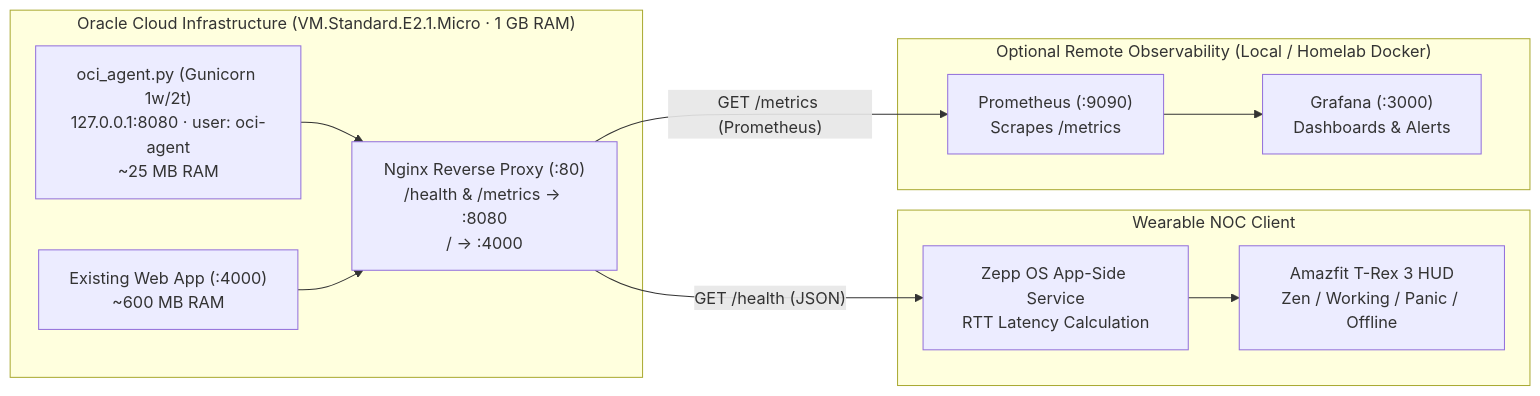
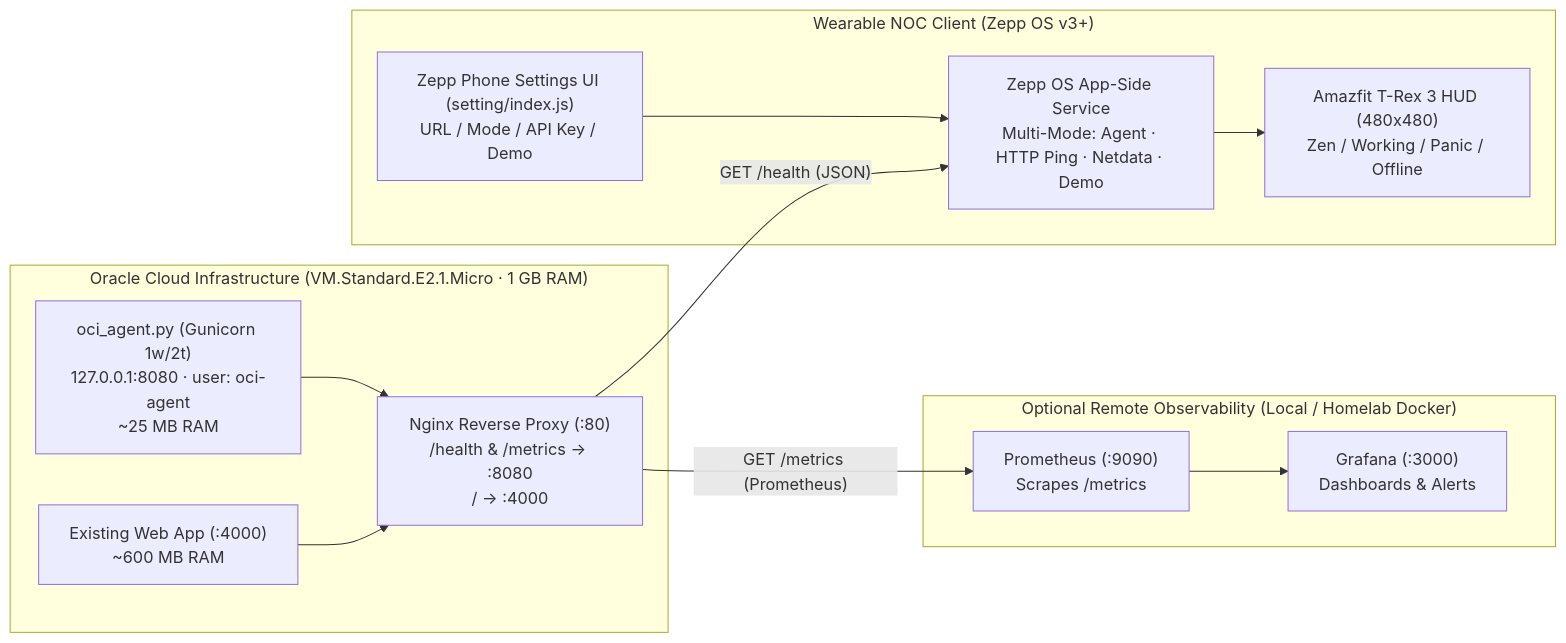
The diagram in README.md (Abeners2/sysadmin-pet), drawn with Mermaid before and after one commit. The commit also changed other lines of this file and 6 other files, not shown here.

Commit message:
Add Zepp App Store multi-mode settings, 1-line Linux VPS installer & remote-setup config fallback

````diff
--- a/README.md
+++ b/README.md
@@ -9,25 +9,27 @@
 ```mermaid
 flowchart LR
     subgraph OCI["Oracle Cloud Infrastructure (VM.Standard.E2.1.Micro · 1 GB RAM)"]
         APP["Existing Web App (:4000)\n~600 MB RAM"]
         AGENT["oci_agent.py (Gunicorn 1w/2t)\n127.0.0.1:8080 · user: oci-agent\n~25 MB RAM"]
         NGINX["Nginx Reverse Proxy (:80)\n/health & /metrics -> :8080\n/ -> :4000"]
         AGENT --> NGINX
         APP --> NGINX
     end
 
-    subgraph WATCH["Wearable NOC Client"]
-        SIDE["Zepp OS App-Side Service\nRTT Latency Calculation"]
-        HUD["Amazfit T-Rex 3 HUD\nZen / Working / Panic / Offline"]
+    subgraph WATCH["Wearable NOC Client (Zepp OS v3+)"]
+        SETTINGS["Zepp Phone Settings UI (setting/index.js)\nURL / Mode / API Key / Demo"]
+        SIDE["Zepp OS App-Side Service\nMulti-Mode: Agent · HTTP Ping · Netdata · Demo"]
+        HUD["Amazfit T-Rex 3 HUD (480x480)\nZen / Working / Panic / Offline"]
+        SETTINGS --> SIDE
         SIDE --> HUD
     end
 
     subgraph OBS["Optional Remote Observability (Local / Homelab Docker)"]
         PROM["Prometheus (:9090)\nScrapes /metrics"]
         GRAF["Grafana (:3000)\nDashboards & Alerts"]
         PROM --> GRAF
     end
 
     NGINX -- "GET /health (JSON)" --> SIDE
     NGINX -- "GET /metrics (Prometheus)" --> PROM
 ```
````
